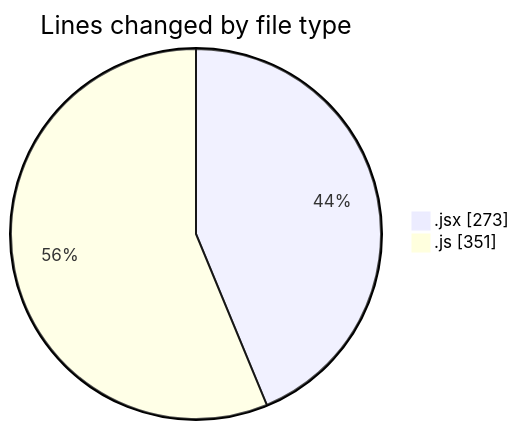
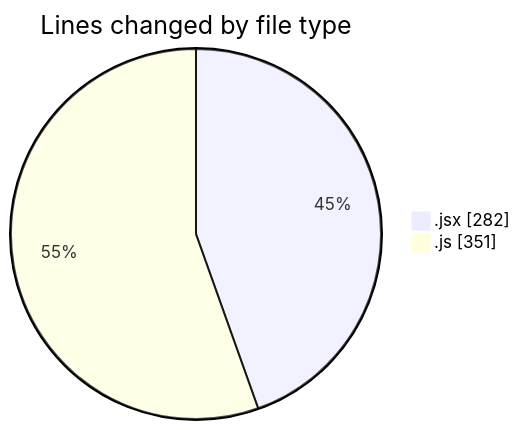
The first of 2 diagrams in 2026-02-12/cda/README.md (momahboobian/code-tracking), drawn with Mermaid before and after one commit. The commit also changed other lines of this file and 1 other file, not shown here.

````diff
--- a/2026-02-12/cda/README.md
+++ b/2026-02-12/cda/README.md
@@ -23,6 +23,6 @@
 ```mermaid
 pie showData
 title Lines changed by file type
-".jsx" : 273
+".jsx" : 282
 ".js" : 351
 ```
````
